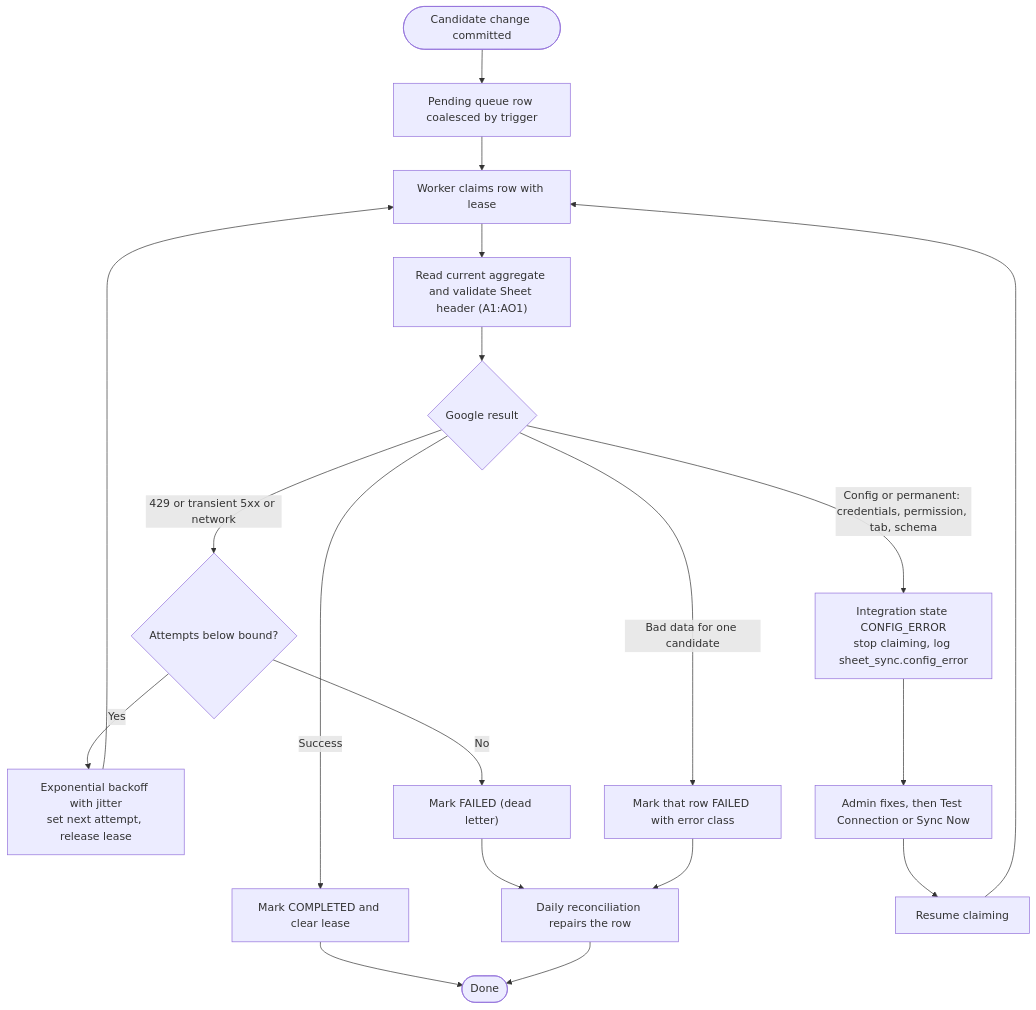
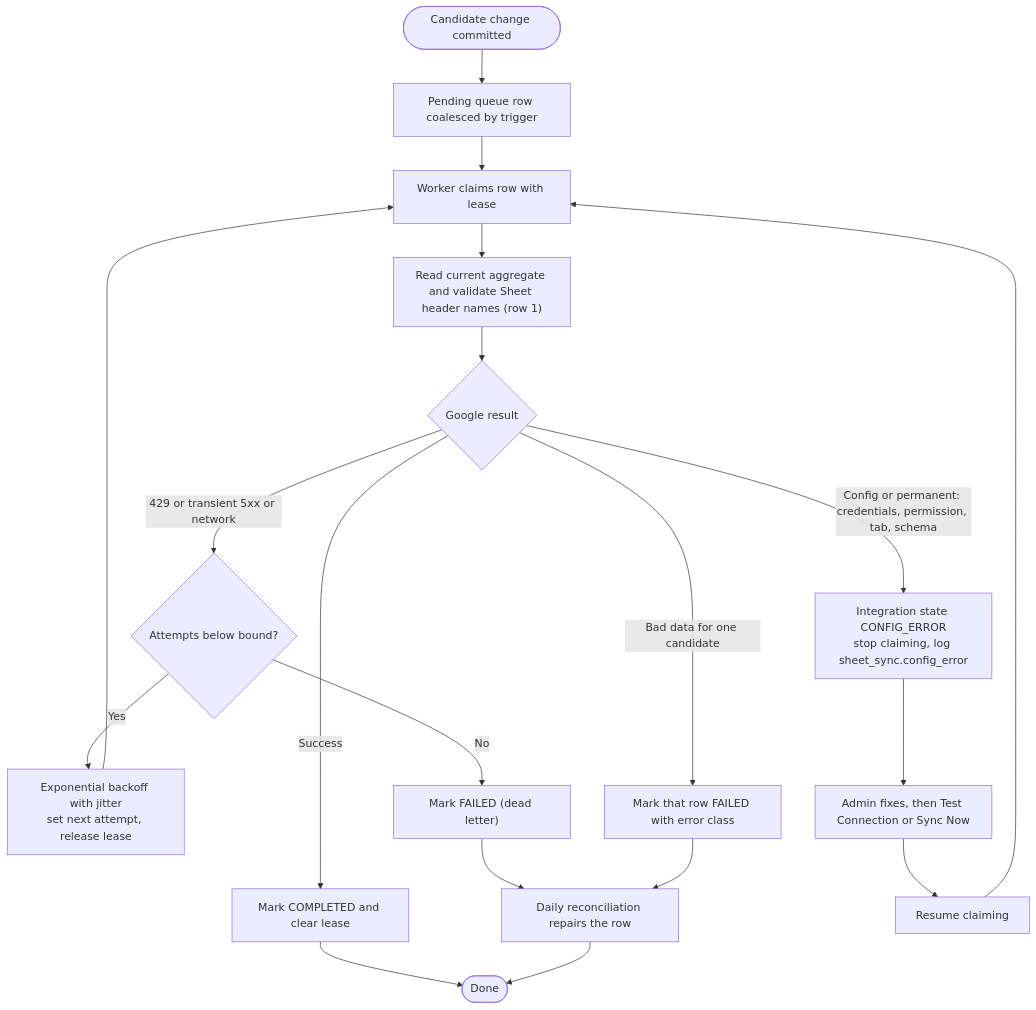
Before and after one commit to emlynk-pixel/EmlynkWABot: the fourth of 11 diagrams in Docs/GOOGLE_SHEET_CANDIDATE_SYNC_ARCHITECTURE.md, drawn with Mermaid. The commit also changed other lines of this file and 6 other files, not shown here.

````diff
--- a/Docs/GOOGLE_SHEET_CANDIDATE_SYNC_ARCHITECTURE.md
+++ b/Docs/GOOGLE_SHEET_CANDIDATE_SYNC_ARCHITECTURE.md
@@ -605,25 +605,25 @@
 ```mermaid
 flowchart TD
     A([Candidate change committed]) --> B["Pending queue row coalesced by trigger"]
     B --> C["Worker claims row with lease"]
-    C --> D["Read current aggregate and validate Sheet header (A1:AO1)"]
+    C --> D["Read current aggregate and validate Sheet header names (row 1)"]
     D --> E{"Google result"}
 
     E -->|"Success"| F["Mark COMPLETED and clear lease"]
     F --> Z([Done])
 
     E -->|"429 or transient 5xx or network"| G{"Attempts below bound?"}
     G -->|"Yes"| H["Exponential backoff with jitter<br/>set next attempt, release lease"]
     H --> C
     G -->|"No"| I["Mark FAILED (dead letter)"]
     I --> J["Daily reconciliation repairs the row"]
     J --> Z
 
     E -->|"Config or permanent: credentials, permission, tab, schema"| K["Integration state CONFIG_ERROR<br/>stop claiming, log sheet_sync.config_error"]
     K --> L["Admin fixes, then Test Connection or Sync Now"]
     L --> M["Resume claiming"]
     M --> C
 
     E -->|"Bad data for one candidate"| N["Mark that row FAILED with error class"]
     N --> J
 ```
````
